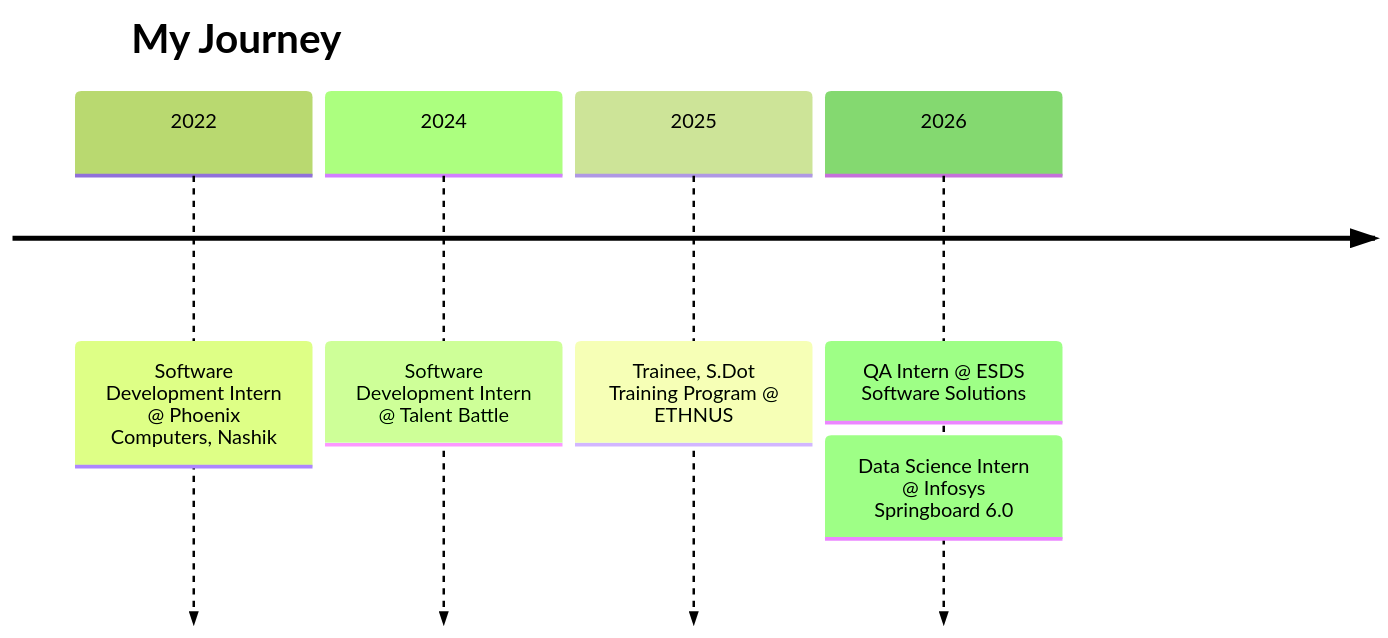
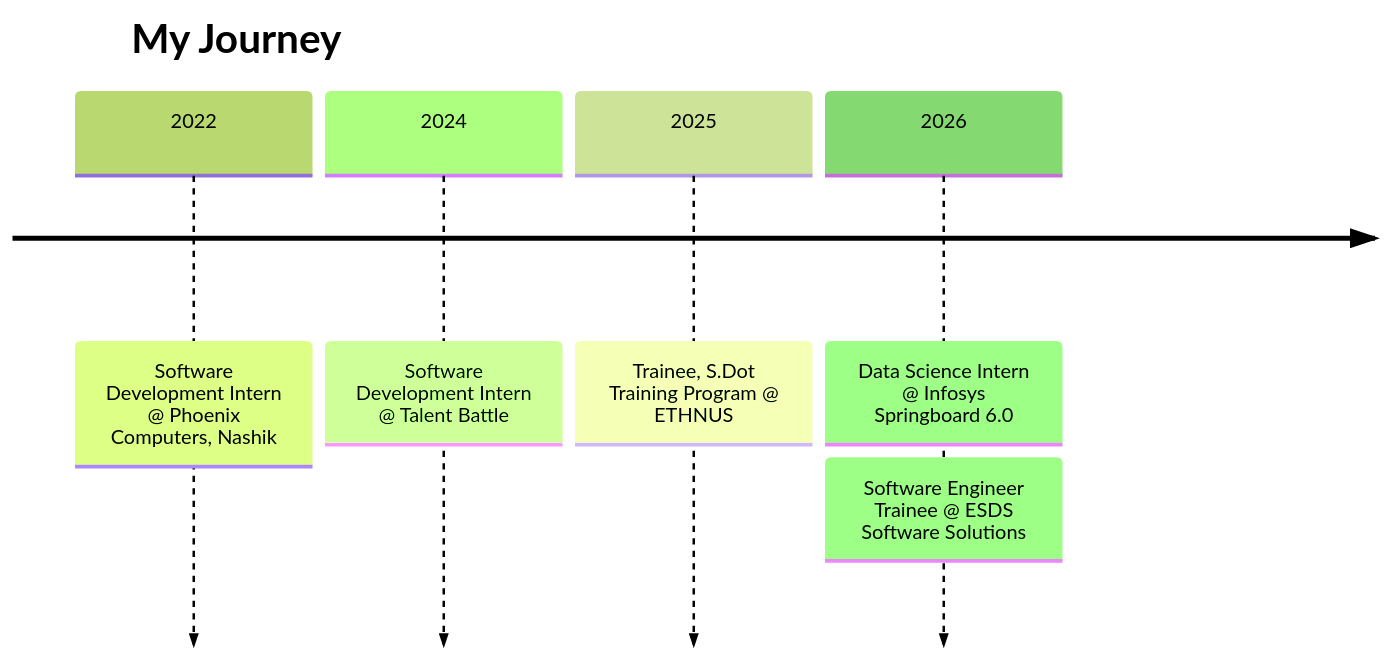
Before and after one commit to Vaishnavi-1525/Vaishnavi-1525: the sixth of 6 diagrams in README.md, drawn with Mermaid (forest theme). The commit also changed other lines of this file, not shown here.

````diff
--- a/README.md
+++ b/README.md
@@ -159,9 +228,9 @@
 ```mermaid
 timeline
     title My Journey
     2022 : Software Development Intern @ Phoenix Computers, Nashik
     2024 : Software Development Intern @ Talent Battle
     2025 : Trainee, S.Dot Training Program @ ETHNUS
-    2026 : QA Intern @ ESDS Software Solutions
-         : Data Science Intern @ Infosys Springboard 6.0
+    2026 : Data Science Intern @ Infosys Springboard 6.0
+         : Software Engineer Trainee @ ESDS Software Solutions
 ```
````
